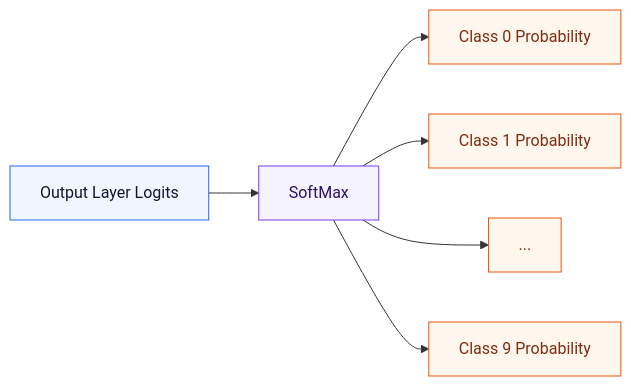
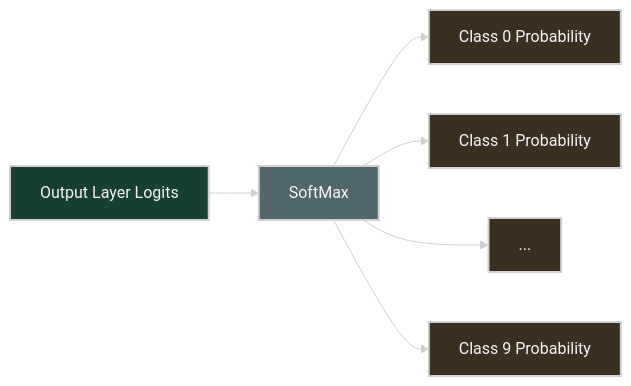
Before and after one commit to ziwon/ai-data-center-network: the seventh of 12 diagrams in deep-learning-for-network-engineers/week01/README.md, drawn with Mermaid. The commit also changed other lines of this file and 35 other files, not shown here.

Commit message:
docs(mermaid): apply dark diagram style

````diff
--- a/deep-learning-for-network-engineers/week01/README.md
+++ b/deep-learning-for-network-engineers/week01/README.md
@@ -291,12 +297,13 @@
 ```mermaid
+%%{init: {"theme": "base", "themeVariables": {"background": "#171717", "primaryColor": "#232323", "primaryTextColor": "#f5f5f5", "primaryBorderColor": "#d0d0d0", "lineColor": "#cfcfcf", "fontFamily": "Inter, Arial, sans-serif"}}}%%
 flowchart LR
-    classDef logits fill:#eef6ff,stroke:#2563eb,color:#0f172a
-    classDef softmax fill:#f5f3ff,stroke:#7c3aed,color:#2e1065
-    classDef probability fill:#fff7ed,stroke:#ea580c,color:#7c2d12
+    classDef logits fill:#173f32,stroke:#d0d0d0,color:#f5f5f5,stroke-width:2px;
+    classDef softmax fill:#52676b,stroke:#d0d0d0,color:#f5f5f5,stroke-width:2px;
+    classDef probability fill:#3b2f20,stroke:#d0d0d0,color:#f5f5f5,stroke-width:2px;
 
     A[Output Layer Logits]:::logits --> B[SoftMax]:::softmax
     B --> C[Class 0 Probability]:::probability
     B --> D[Class 1 Probability]:::probability
     B --> E[...]:::probability
     B --> F[Class 9 Probability]:::probability
 ```
````
